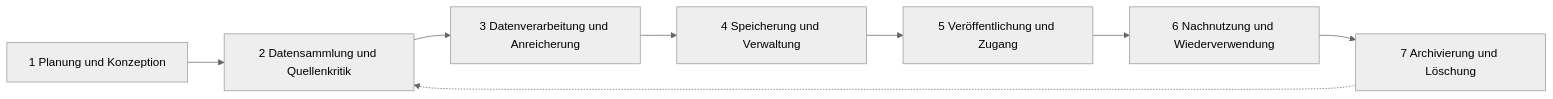
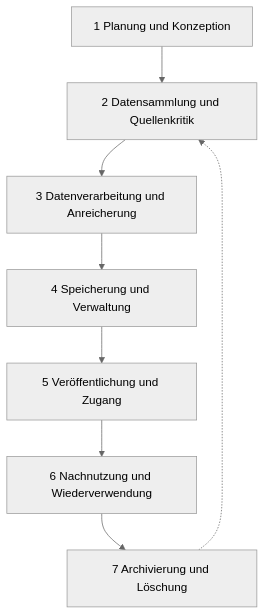
The first of 3 diagrams in manuscript/index.qmd (maehr/diskriminierungsfreie-metadaten), drawn with Mermaid (neutral theme) before and after one commit. The commit also changed other lines of this file, not shown here.

Commit message:
fix: correct flowchart direction and update section headings for consistency

````diff
--- a/manuscript/index.qmd
+++ b/manuscript/index.qmd
@@ -107,13 +107,13 @@
 ```{mermaid}
 %%| label: fig-metadata-1
 %%| fig-cap: "Darstellung des Datenlebenszyklus nach dem Curation Lifecycle Model (DCC), adaptiert in sieben linearen Phasen von der Planung bis zur Archivierung bzw. Löschung."
 %%| fig-alt: "Lineares Modell des Datenlebenszyklus mit sieben Phasen: Planung, Datensammlung, Verarbeitung, Speicherung, Veröffentlichung, Nachnutzung, Archivierung/Löschung."
-flowchart LR
+flowchart TD
     A[1 Planung und Konzeption] --> B[2 Datensammlung und Quellenkritik]
     B --> C[3 Datenverarbeitung und Anreicherung]
     C --> D[4 Speicherung und Verwaltung]
     D --> E[5 Veröffentlichung und Zugang]
     E --> F[6 Nachnutzung und Wiederverwendung]
     F --> G[7 Archivierung und Löschung]
     G -.-> B 
 ```
````
